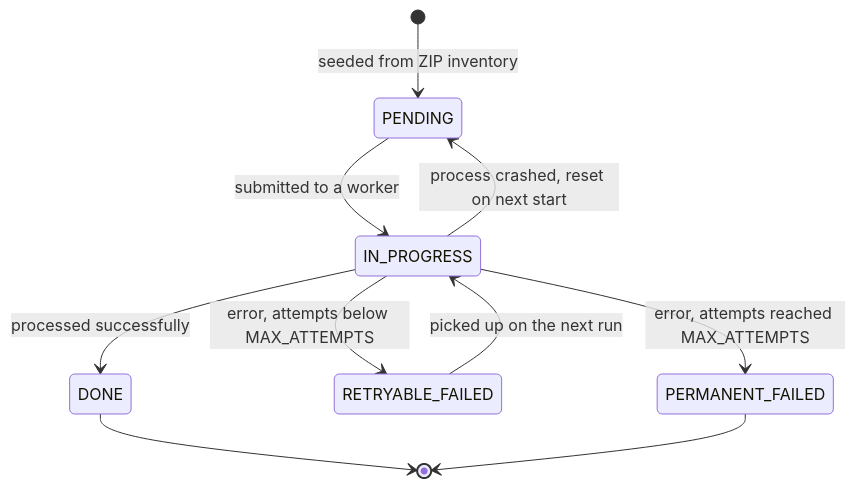
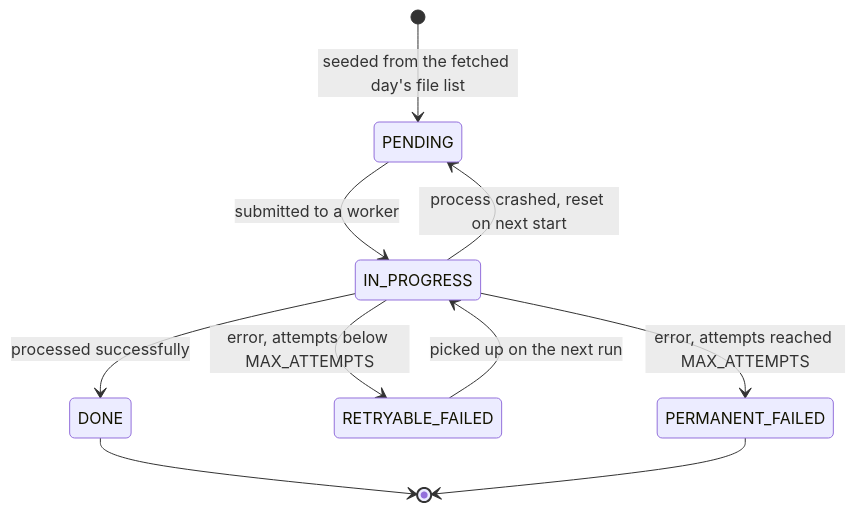
Before and after one commit to heyitssyakirrr/cheque-processing-platform: the seventh of 8 diagrams in README.md, drawn with Mermaid. The commit also changed other lines of this file and 24 other files, not shown here.

````diff
--- a/README.md
+++ b/README.md
@@ -315,12 +338,12 @@
 ```mermaid
 stateDiagram-v2
-    [*] --> PENDING: seeded from ZIP inventory
+    [*] --> PENDING: seeded from the fetched day's file list
     PENDING --> IN_PROGRESS: submitted to a worker
     IN_PROGRESS --> DONE: processed successfully
     IN_PROGRESS --> RETRYABLE_FAILED: error, attempts below MAX_ATTEMPTS
     IN_PROGRESS --> PERMANENT_FAILED: error, attempts reached MAX_ATTEMPTS
     IN_PROGRESS --> PENDING: process crashed, reset on next start
     RETRYABLE_FAILED --> IN_PROGRESS: picked up on the next run
     DONE --> [*]
     PERMANENT_FAILED --> [*]
 ```
````
